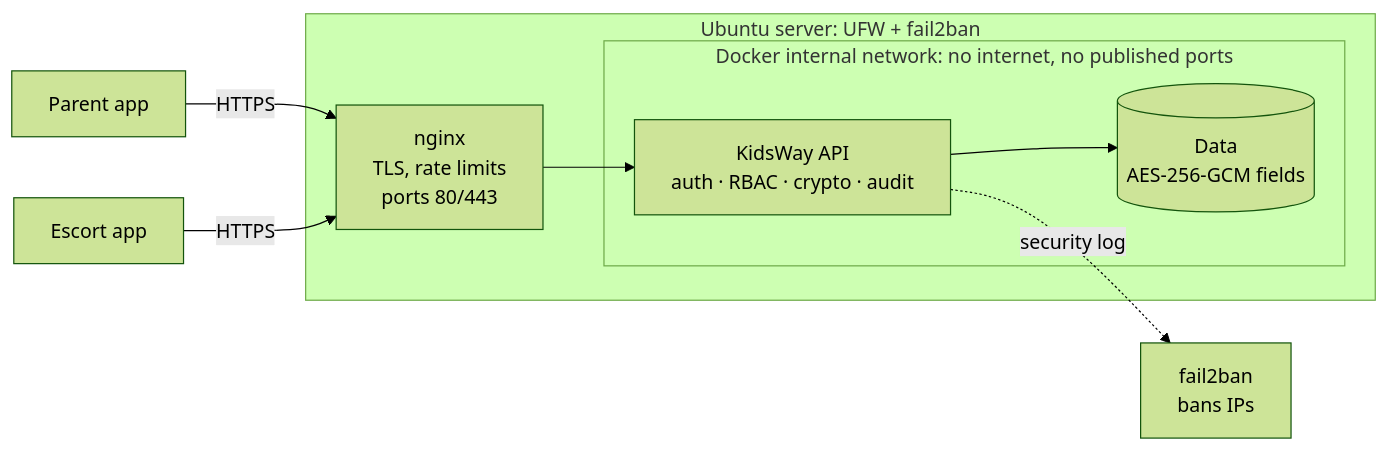
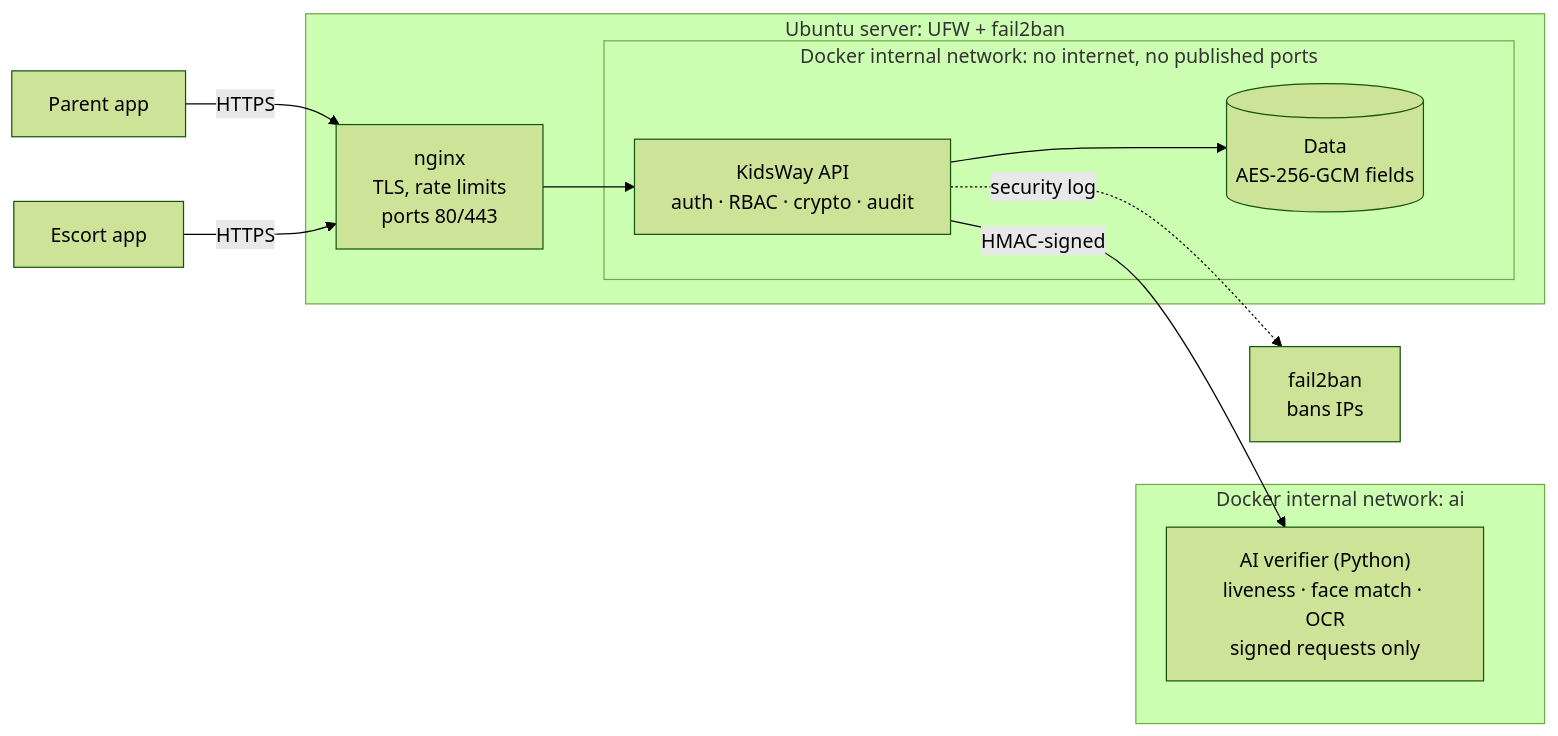
Before and after one commit to isanurnazarov762-creator/kidsway-secure-platform: the diagram in README.md, drawn with Mermaid (forest theme). The commit also changed other lines of this file and 43 other files, not shown here.

Commit message:
Guardian hiring with AI identity check (liveness, face match, MyKad OCR)

````diff
--- a/README.md
+++ b/README.md
@@ -39,14 +41,18 @@
 ```mermaid
 flowchart LR
   P[Parent app] -- HTTPS --> N
   E[Escort app] -- HTTPS --> N
   subgraph Server["Ubuntu server: UFW + fail2ban"]
     N["nginx<br/>TLS, rate limits<br/>ports 80/443"]
     subgraph Internal["Docker internal network: no internet, no published ports"]
       A["KidsWay API<br/>auth · RBAC · crypto · audit"]
       D[("Data<br/>AES-256-GCM fields")]
     end
   end
   N --> A --> D
+  subgraph AI["Docker internal network: ai"]
+    V["AI verifier (Python)<br/>liveness · face match · OCR<br/>signed requests only"]
+  end
+  A -- "HMAC-signed" --> V
   A -. "security log" .-> F[fail2ban<br/>bans IPs]
 ```
````
